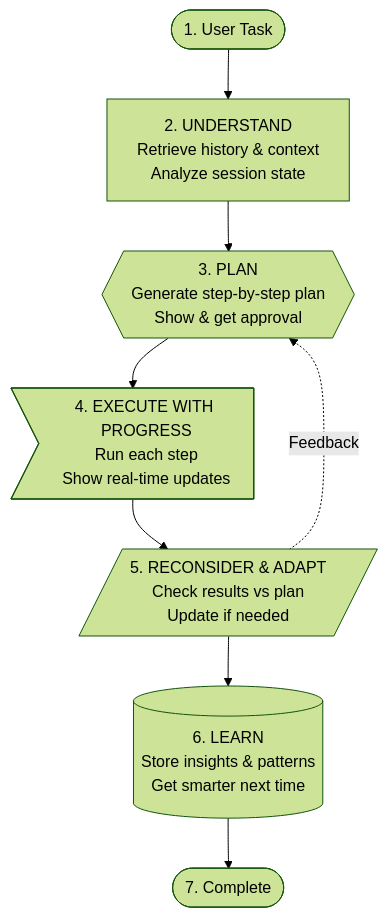
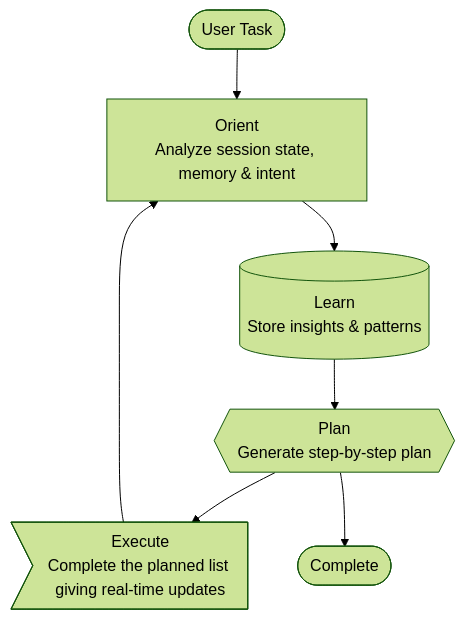
Before and after one commit to ianwesterfield/aj.westerfield.cloud: the second of 4 diagrams in README.md, drawn with Mermaid (forest theme). The commit also changed other lines of this file, not shown here.

Commit message:
Revise README for clarity in AJ's learning process and update workflow diagram

````diff
--- a/README.md
+++ b/README.md
@@ -136,10 +136,13 @@
 ```mermaid
+
 graph TD
-    A(["1. User Task"]) --> B["2. UNDERSTAND<br/>Retrieve history & context<br/>Analyze session state"]
-    B --> C{{"3. PLAN<br/>Generate step-by-step plan<br/>Show & get approval"}}
-    C --> D>"4. EXECUTE WITH PROGRESS<br/>Run each step<br/>Show real-time updates"]
-    D --> E[/"5. RECONSIDER & ADAPT<br/>Check results vs plan<br/>Update if needed"/]
-    E --> F[("6. LEARN<br/>Store insights & patterns<br/>Get smarter next time")]
-    F --> G(["7. Complete"])
-    E -.->|Feedback| C
+    A(["User Task"])
+    B["Orient<br/>Analyze session state, memory & intent"]
+    C{{"Plan<br/>Generate step-by-step plan"}}
+    D>"Execute<br/>Complete the planned list giving real-time updates"]
+    E[("Learn<br/>Store insights & patterns")]
+    F(["Complete"])
+
+    A --> B --> E --> C --> D --> B
+    C --> F
 ```
````
